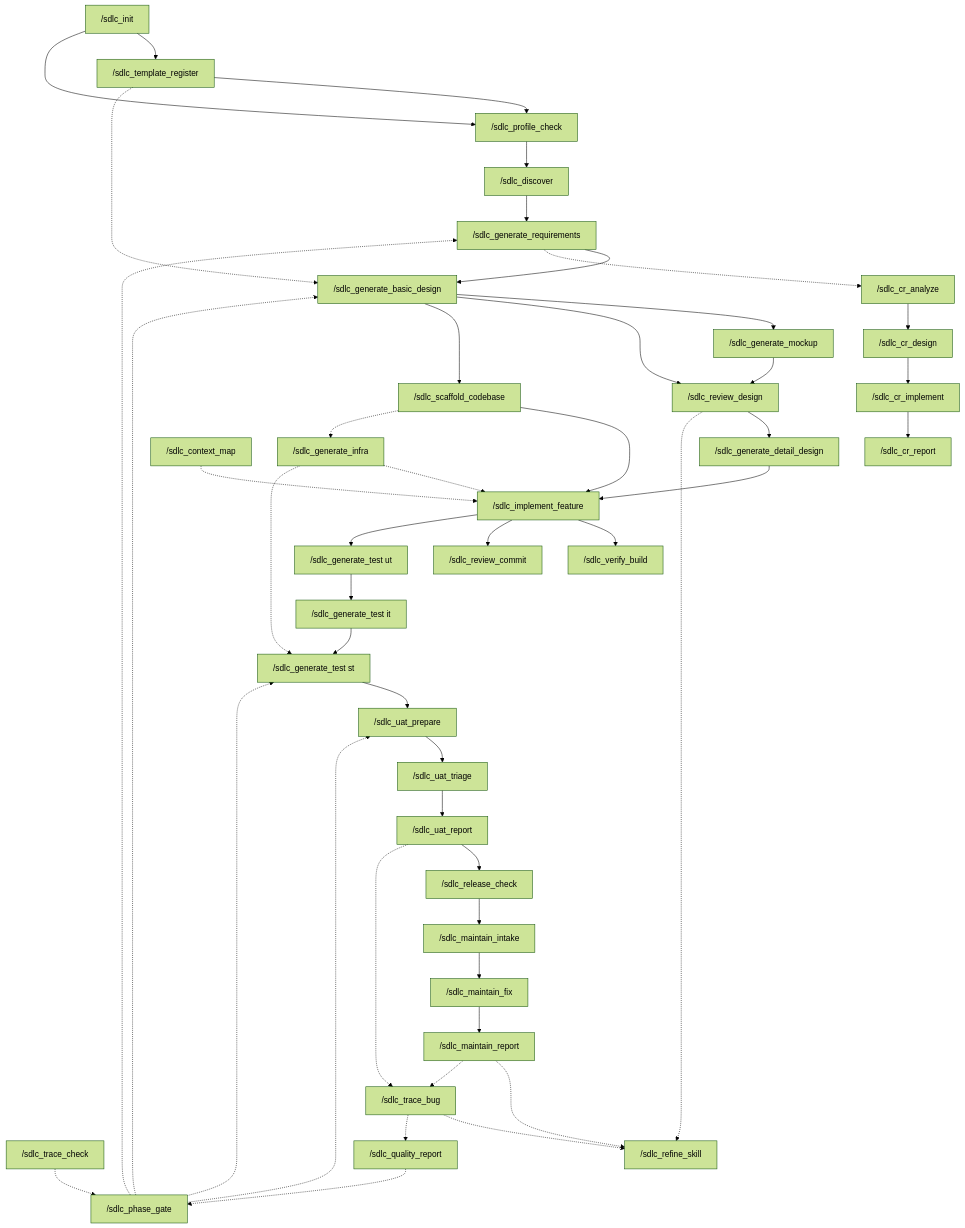
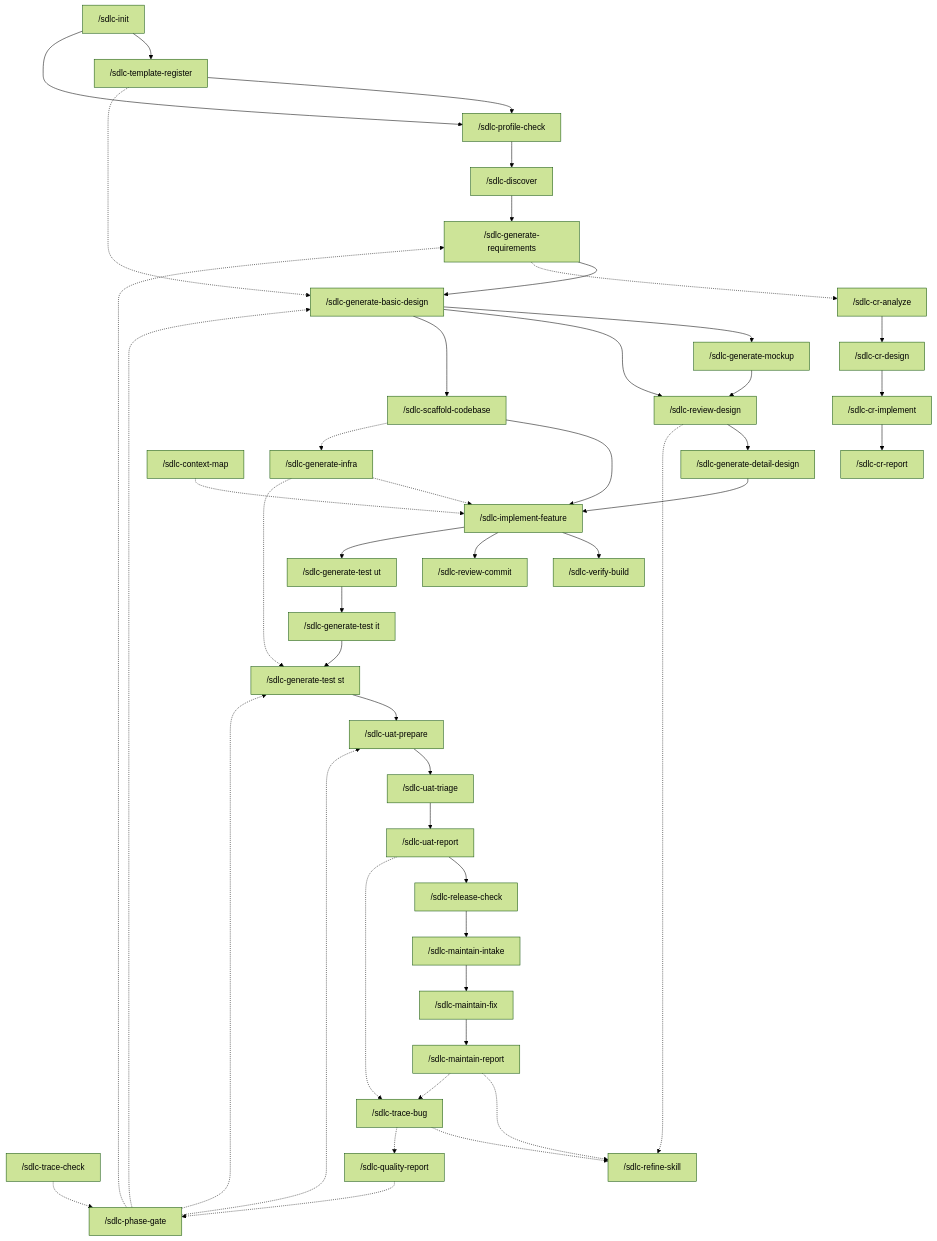
The diagram in sdlc-standard/COMMAND-FLOW.md (kaitondt/ai-pack), drawn with Mermaid (forest theme) before and after one commit. The commit also changed other lines of this file and 1887 other files, not shown here.

````diff
--- a/sdlc-standard/COMMAND-FLOW.md
+++ b/sdlc-standard/COMMAND-FLOW.md
@@ -78,49 +78,49 @@
 ```mermaid
 flowchart TD
-  INIT["/sdlc_init"] --> TR["/sdlc_template_register"]
-  INIT --> PC["/sdlc_profile_check"]
+  INIT["/sdlc-init"] --> TR["/sdlc-template-register"]
+  INIT --> PC["/sdlc-profile-check"]
   TR --> PC
-  PC --> P0["/sdlc_discover"]
-  P0 --> P1["/sdlc_generate_requirements"]
-  P1 --> P2["/sdlc_generate_basic_design"]
-  P2 --> MU["/sdlc_generate_mockup"]
-  P2 --> RD["/sdlc_review_design"]
+  PC --> P0["/sdlc-discover"]
+  P0 --> P1["/sdlc-generate-requirements"]
+  P1 --> P2["/sdlc-generate-basic-design"]
+  P2 --> MU["/sdlc-generate-mockup"]
+  P2 --> RD["/sdlc-review-design"]
   MU --> RD
-  RD --> P3["/sdlc_generate_detail_design"]
-  P3 --> P4["/sdlc_implement_feature"]
-  P4 --> VB["/sdlc_verify_build"]
-  P4 --> RC["/sdlc_review_commit"]
-  P4 --> P5["/sdlc_generate_test ut"]
-  P5 --> P6["/sdlc_generate_test it"]
-  P6 --> P7["/sdlc_generate_test st"]
-  P7 --> P8["/sdlc_uat_prepare"]
-  P8 --> UT2["/sdlc_uat_triage"]
-  UT2 --> UR["/sdlc_uat_report"]
-  UR --> REL["/sdlc_release_check"]
-  REL --> P9["/sdlc_maintain_intake"]
-  P9 --> MF["/sdlc_maintain_fix"]
-  MF --> MR["/sdlc_maintain_report"]
-  CRA["/sdlc_cr_analyze"] --> CRD["/sdlc_cr_design"]
-  CRD --> CRI["/sdlc_cr_implement"]
-  CRI --> CRR["/sdlc_cr_report"]
+  RD --> P3["/sdlc-generate-detail-design"]
+  P3 --> P4["/sdlc-implement-feature"]
+  P4 --> VB["/sdlc-verify-build"]
+  P4 --> RC["/sdlc-review-commit"]
+  P4 --> P5["/sdlc-generate-test ut"]
+  P5 --> P6["/sdlc-generate-test it"]
+  P6 --> P7["/sdlc-generate-test st"]
+  P7 --> P8["/sdlc-uat-prepare"]
+  P8 --> UT2["/sdlc-uat-triage"]
+  UT2 --> UR["/sdlc-uat-report"]
+  UR --> REL["/sdlc-release-check"]
+  REL --> P9["/sdlc-maintain-intake"]
+  P9 --> MF["/sdlc-maintain-fix"]
+  MF --> MR["/sdlc-maintain-report"]
+  CRA["/sdlc-cr-analyze"] --> CRD["/sdlc-cr-design"]
+  CRD --> CRI["/sdlc-cr-implement"]
+  CRI --> CRR["/sdlc-cr-report"]
   P1 -.-> CRA
-  GATE["/sdlc_phase_gate"] -.-> P1
+  GATE["/sdlc-phase-gate"] -.-> P1
   GATE -.-> P2
   GATE -.-> P7
   GATE -.-> P8
-  TC["/sdlc_trace_check"] -.-> GATE
-  QR["/sdlc_quality_report"] -.-> GATE
-  CM["/sdlc_context_map"] -.-> P4
-  P2 --> SK["/sdlc_scaffold_codebase"]
+  TC["/sdlc-trace-check"] -.-> GATE
+  QR["/sdlc-quality-report"] -.-> GATE
+  CM["/sdlc-context-map"] -.-> P4
+  P2 --> SK["/sdlc-scaffold-codebase"]
   SK --> P4
   SK -.-> INF
-  INF["/sdlc_generate_infra"] -.-> P4
+  INF["/sdlc-generate-infra"] -.-> P4
   INF -.-> P7
   TR -.-> P2
-  RD -.-> RS["/sdlc_refine_skill"]
+  RD -.-> RS["/sdlc-refine-skill"]
   MR -.-> RS
-  MR -.-> TB["/sdlc_trace_bug"]
+  MR -.-> TB["/sdlc-trace-bug"]
   UR -.-> TB
   TB -.-> RS
   TB -.-> QR
 ```
````
